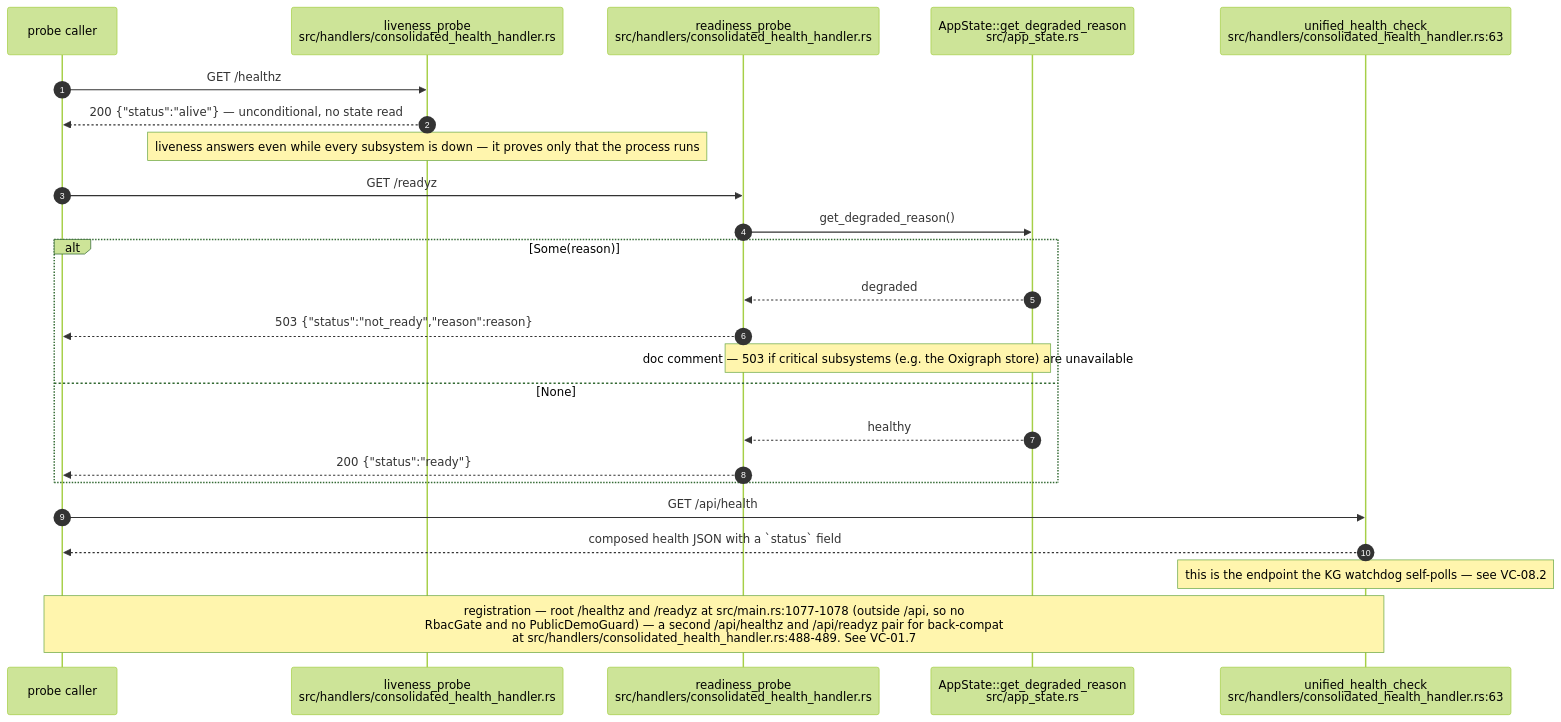
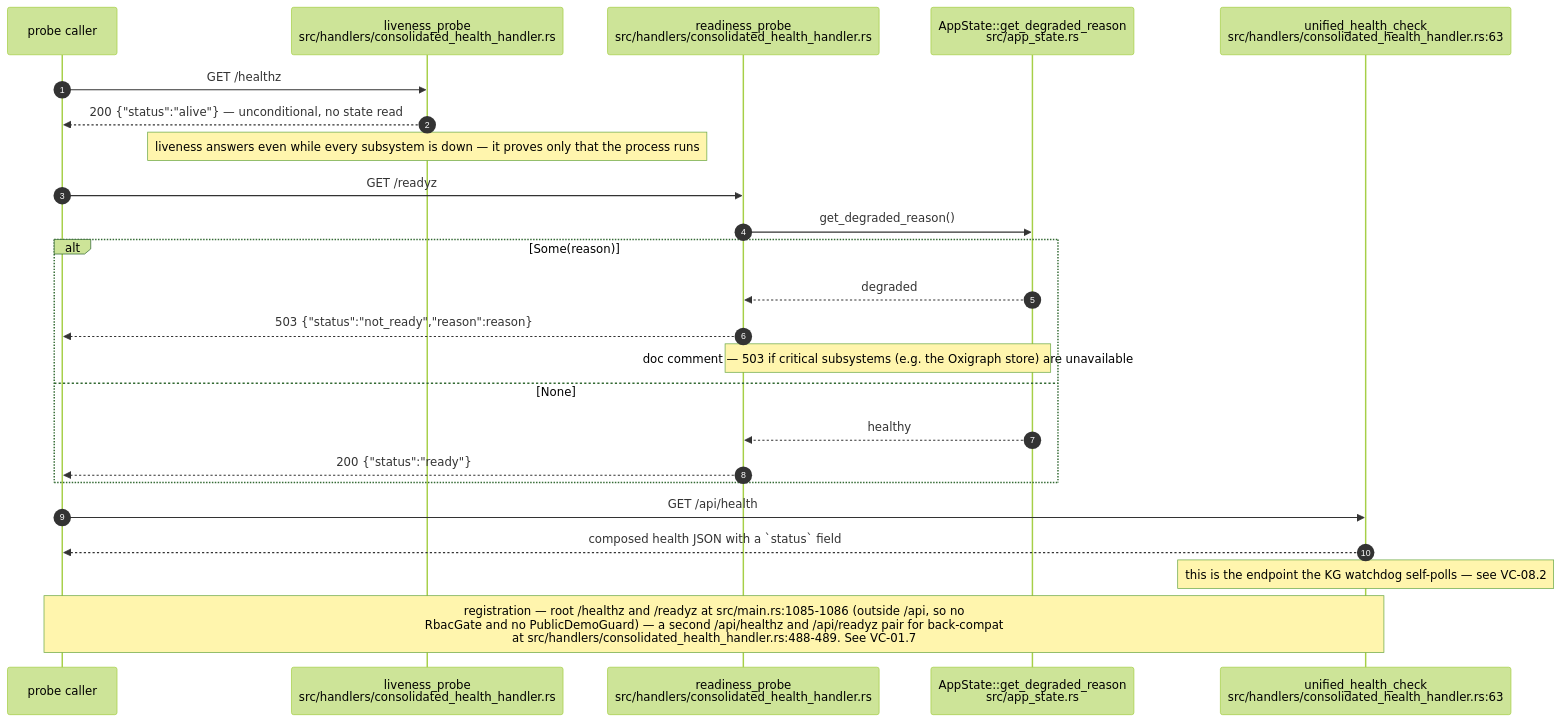
The first of 9 diagrams in docs/diagrams/visionclaw/08-observability-health-and-dev-loop.md (DreamLab-AI/VisionFlow), drawn with Mermaid (forest theme) before and after one commit. The commit also changed other lines of this file and 111 other files, not shown here.

Commit message:
docs(diagrams): align estate maps with current source

````diff
--- a/docs/diagrams/visionclaw/08-observability-health-and-dev-loop.md
+++ b/docs/diagrams/visionclaw/08-observability-health-and-dev-loop.md
@@ -32,27 +33,27 @@
 ```mermaid
 sequenceDiagram
     autonumber
     participant K as probe caller
     participant L as liveness_probe<br/>src/handlers/consolidated_health_handler.rs
     participant R as readiness_probe<br/>src/handlers/consolidated_health_handler.rs
     participant AS as AppState::get_degraded_reason<br/>src/app_state.rs
     participant U as unified_health_check<br/>src/handlers/consolidated_health_handler.rs:63
 
     K->>L: GET /healthz
     L-->>K: 200 {"status":"alive"} — unconditional, no state read
     Note over L: liveness answers even while every subsystem is down — it proves only that the process runs
     K->>R: GET /readyz
     R->>AS: get_degraded_reason()
     alt Some(reason)
         AS-->>R: degraded
         R-->>K: 503 {"status":"not_ready","reason":reason}
         Note over R,AS: doc comment — 503 if critical subsystems (e.g. the Oxigraph store) are unavailable
     else None
         AS-->>R: healthy
         R-->>K: 200 {"status":"ready"}
     end
     K->>U: GET /api/health
     U-->>K: composed health JSON with a `status` field
     Note over U: this is the endpoint the KG watchdog self-polls — see VC-08.2
-    Note over K,U: registration — root /healthz and /readyz at src/main.rs:1077-1078 (outside /api, so no<br/>RbacGate and no PublicDemoGuard) — a second /api/healthz and /api/readyz pair for back-compat<br/>at src/handlers/consolidated_health_handler.rs:488-489. See VC-01.7
+    Note over K,U: registration — root /healthz and /readyz at src/main.rs:1085-1086 (outside /api, so no<br/>RbacGate and no PublicDemoGuard) — a second /api/healthz and /api/readyz pair for back-compat<br/>at src/handlers/consolidated_health_handler.rs:488-489. See VC-01.7
 ```
````
